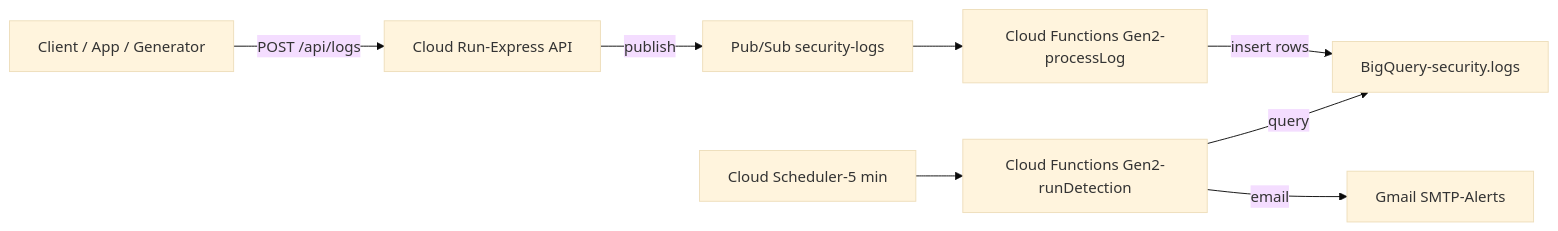
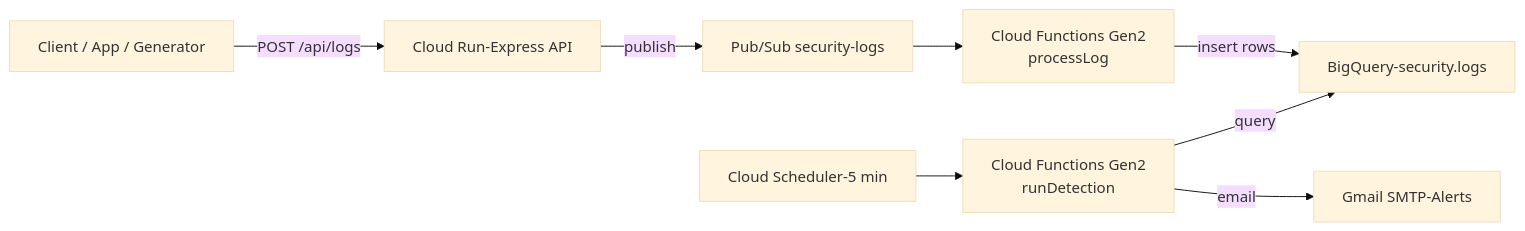
The first of 2 diagrams in README.md (bbbbyw/SecurityLogMonitoringSystem), drawn with Mermaid (base theme) before and after one commit.

````diff
--- a/README.md
+++ b/README.md
@@ -12,10 +12,10 @@
 ```mermaid
 flowchart LR
   A[Client / App / Generator] -->|POST /api/logs| B[Cloud Run-Express API]
   B -->|publish| C[Pub/Sub security-logs]
-  C --> D[Cloud Functions Gen2-processLog]
+  C --> D[Cloud Functions Gen2 <br> processLog]
   D -->|insert rows| E[BigQuery-security.logs]
-  F[Cloud Scheduler-5 min] --> G[Cloud Functions Gen2-runDetection]
+  F[Cloud Scheduler-5 min] --> G[Cloud Functions Gen2 <br> runDetection]
   G -->|query| E
   G -->|email| H[Gmail SMTP-Alerts]
 ```
````
